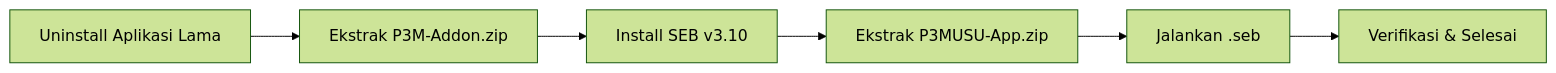
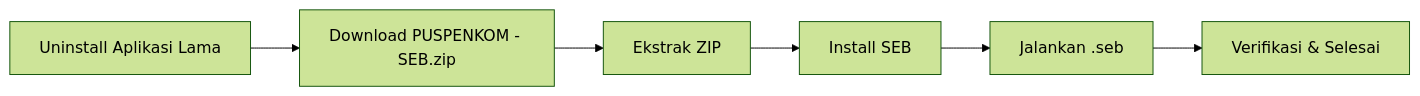
The diagram in docs/instalasi-seb/instalasi-windows.md (esaypsa/panduan_puspenkom), drawn with Mermaid (forest theme) before and after one commit. The commit also changed other lines of this file and 32 other files, not shown here.

````diff
--- a/docs/instalasi-seb/instalasi-windows.md
+++ b/docs/instalasi-seb/instalasi-windows.md
@@ -9,8 +9,8 @@
 ```mermaid
 flowchart LR
-    A[Uninstall Aplikasi Lama] --> B[Ekstrak P3M-Addon.zip]
-    B --> C[Install SEB v3.10]
-    C --> D[Ekstrak P3MUSU-App.zip]
+    A[Uninstall Aplikasi Lama] --> B[Download PUSPENKOM - SEB.zip]
+    B --> C[Ekstrak ZIP]
+    C --> D[Install SEB]
     D --> E[Jalankan .seb]
     E --> F[Verifikasi & Selesai]
 ```
````
